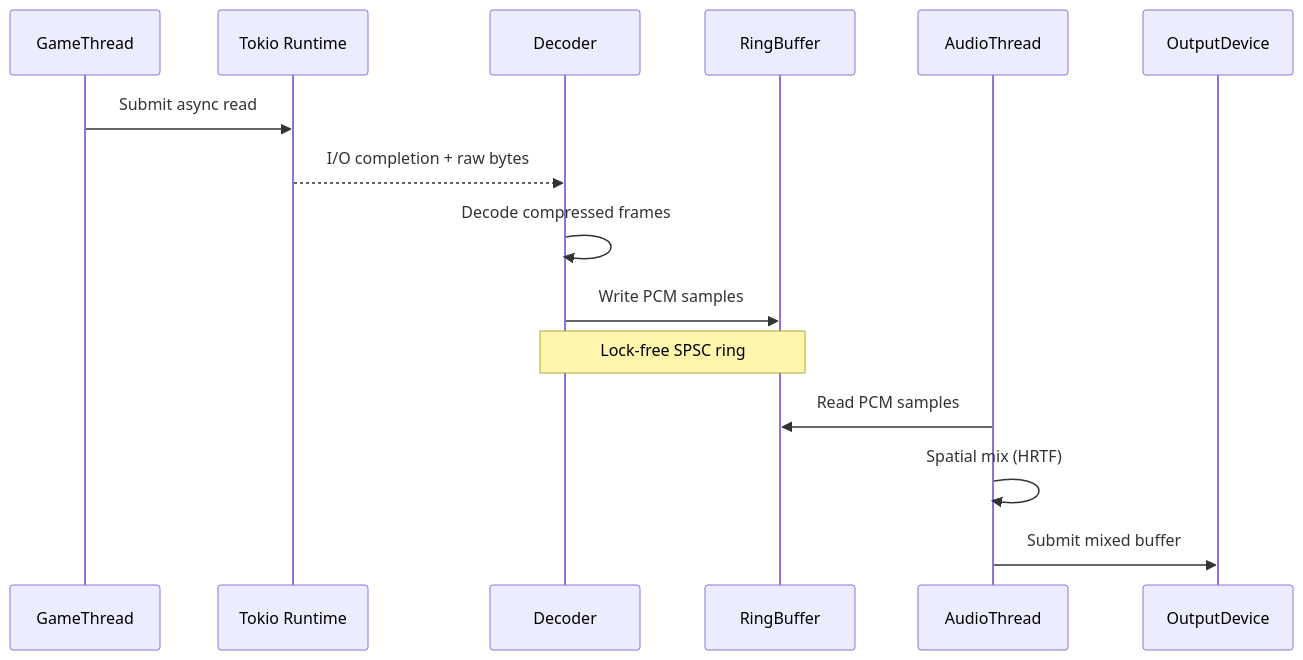
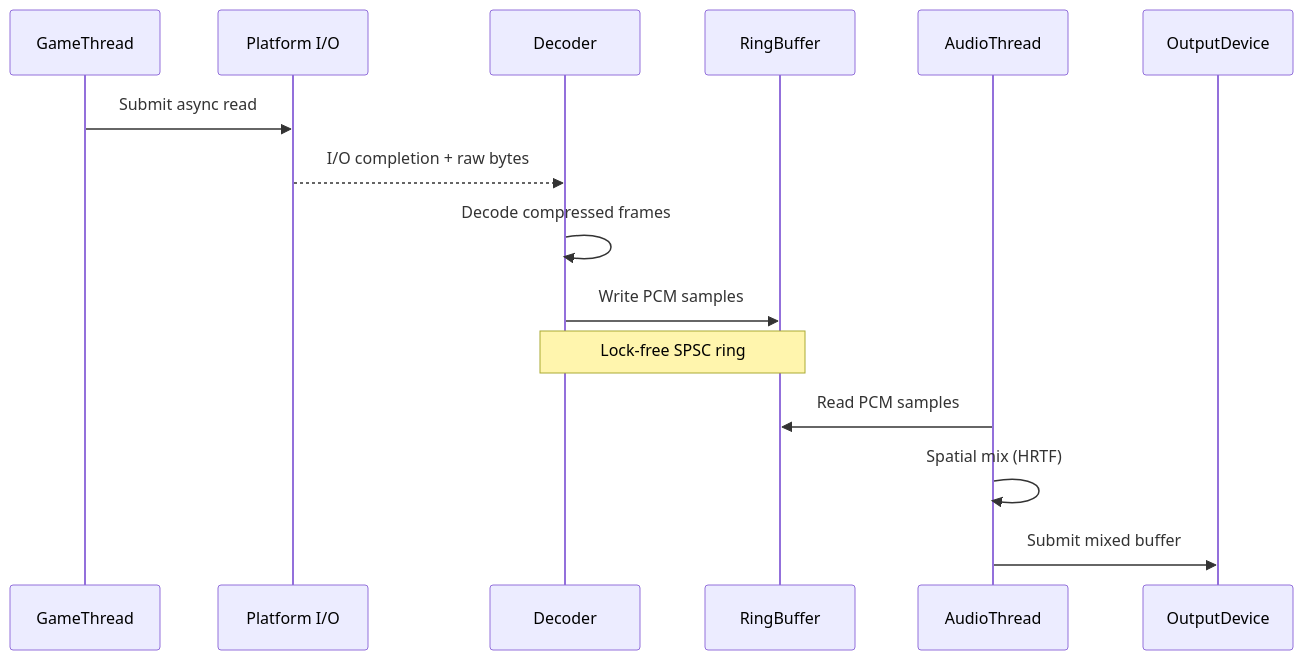
One commit to harmonius-dev/harmonius changed diagram 14 of 16 in docs/architecture.md. Above: the diagram before and after it, drawn with Mermaid. The commit also changed other lines of this file and 174 other files, not shown here.

````diff
--- a/docs/architecture.md
+++ b/docs/architecture.md
@@ -1387,19 +1442,19 @@
 ```mermaid
 sequenceDiagram
     participant GT as GameThread
-    participant IO as Tokio Runtime
+    participant IO as Platform I/O
     participant DC as Decoder
     participant RB as RingBuffer
     participant AT as AudioThread
     participant OD as OutputDevice
 
     GT->>IO: Submit async read
     IO-->>DC: I/O completion + raw bytes
     DC->>DC: Decode compressed frames
     DC->>RB: Write PCM samples
     Note over DC,RB: Lock-free SPSC ring
 
     AT->>RB: Read PCM samples
     AT->>AT: Spatial mix (HRTF)
     AT->>OD: Submit mixed buffer
 ```
````
